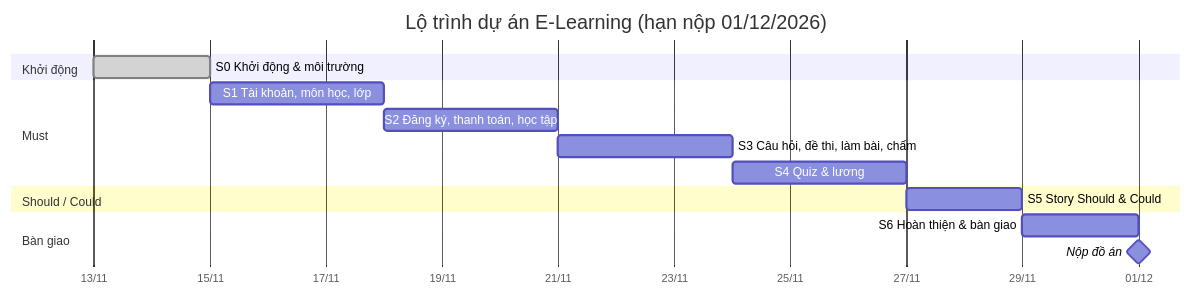
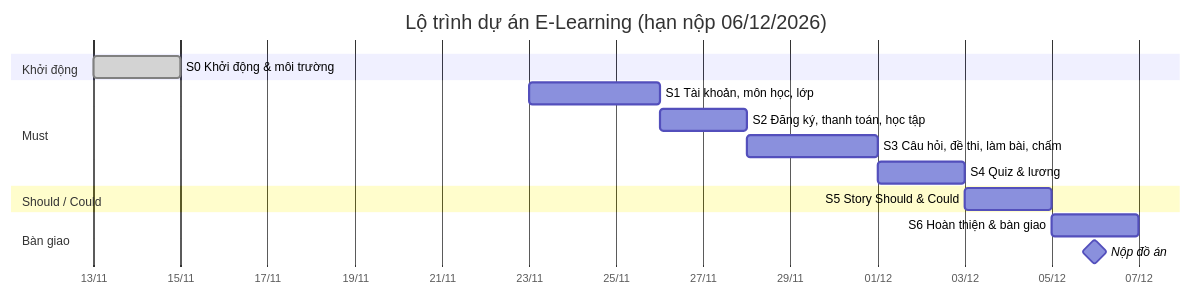
One commit to Chaos098/E-learning-Project changed the diagram in PLAN.md. Above: the diagram before and after it, drawn with Mermaid. The commit also changed other lines of this file and 9 other files, not shown here.

First line of the commit message:
docs: restructure URD v1.2, add architecture and sprint reports, move deadline to 06/12

````diff
--- a/PLAN.md
+++ b/PLAN.md
@@ -33,18 +33,18 @@
 ```mermaid
 gantt
-    title Lộ trình dự án E-Learning (hạn nộp 01/12/2026)
+    title Lộ trình dự án E-Learning (hạn nộp 06/12/2026)
     dateFormat YYYY-MM-DD
     axisFormat %d/%m
     section Khởi động
     S0 Khởi động & môi trường             :done, s0, 2026-11-13, 2d
     section Must
-    S1 Tài khoản, môn học, lớp            :s1, 2026-11-15, 3d
-    S2 Đăng ký, thanh toán, học tập       :s2, after s1, 3d
+    S1 Tài khoản, môn học, lớp            :s1, 2026-11-23, 3d
+    S2 Đăng ký, thanh toán, học tập       :s2, after s1, 2d
     S3 Câu hỏi, đề thi, làm bài, chấm     :s3, after s2, 3d
-    S4 Quiz & lương                       :s4, after s3, 3d
+    S4 Quiz & lương                       :s4, after s3, 2d
     section Should / Could
     S5 Story Should & Could               :s5, after s4, 2d
     section Bàn giao
     S6 Hoàn thiện & bàn giao              :s6, after s5, 2d
-    Nộp đồ án                             :milestone, 2026-12-01, 0d
+    Nộp đồ án                             :milestone, 2026-12-06, 0d
 ```
````
